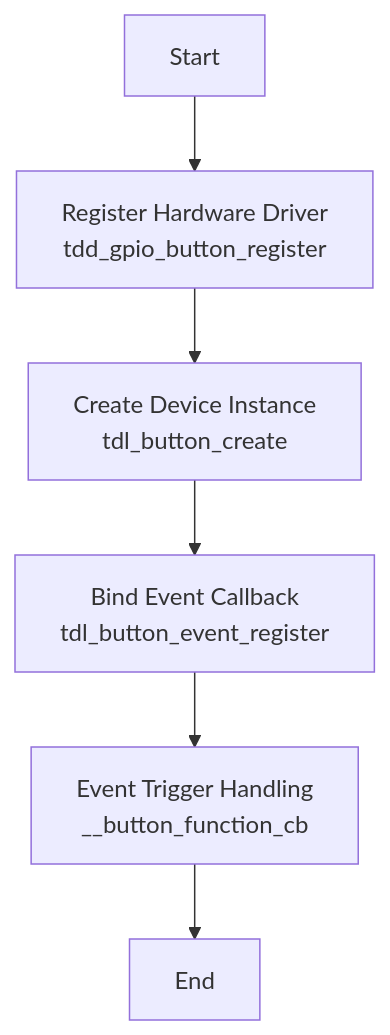
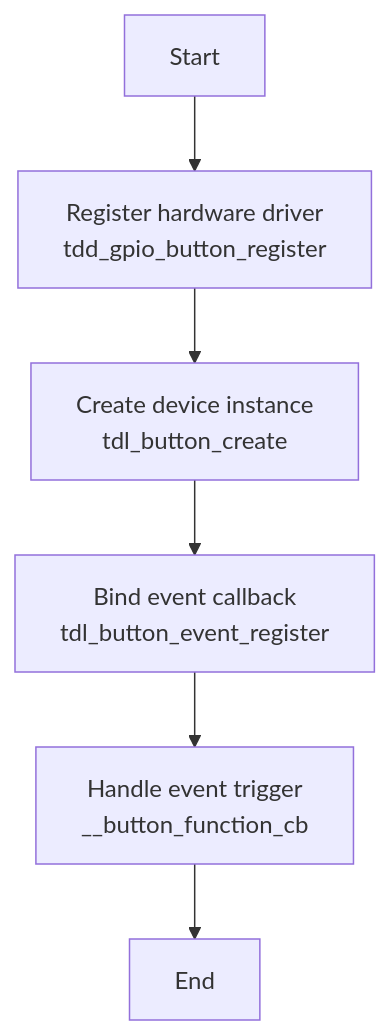
One commit to Tuya-Community/TuyaOpen.io changed the second of 2 diagrams in docs/peripheral/button.md. Above: the diagram before and after it, drawn with Mermaid. The commit also changed other lines of this file, not shown here.

Commit message:
Update button.md (#157)

````diff
--- a/docs/peripheral/button.md
+++ b/docs/peripheral/button.md
@@ -302,9 +289,9 @@
 ```mermaid
 flowchart TD
-    A[Start] --> B[Register Hardware Driver<br/>tdd_gpio_button_register]
-    B --> C[Create Device Instance<br/>tdl_button_create]
-    C --> D[Bind Event Callback<br/>tdl_button_event_register]
-    D --> E[Event Trigger Handling<br/>__button_function_cb]
+    A[Start] --> B[Register hardware driver<br/>tdd_gpio_button_register]
+    B --> C[Create device instance<br/>tdl_button_create]
+    C --> D[Bind event callback<br/>tdl_button_event_register]
+    D --> E[Handle event trigger<br/>__button_function_cb]
     E --> F[End]
 
 ```
````
